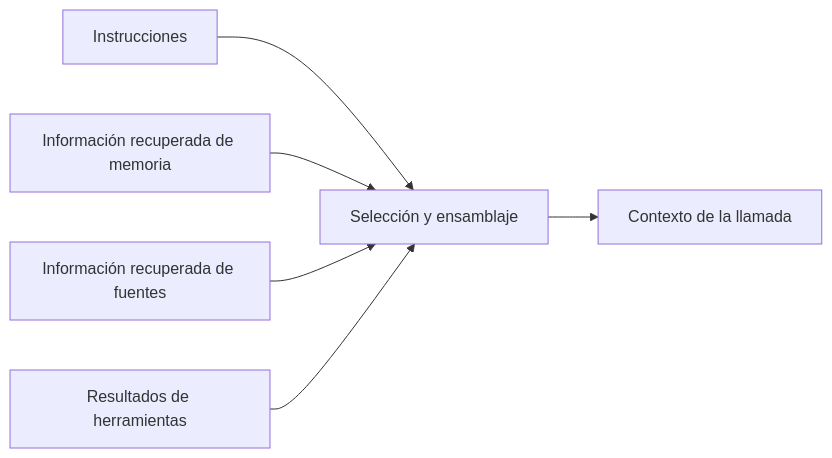
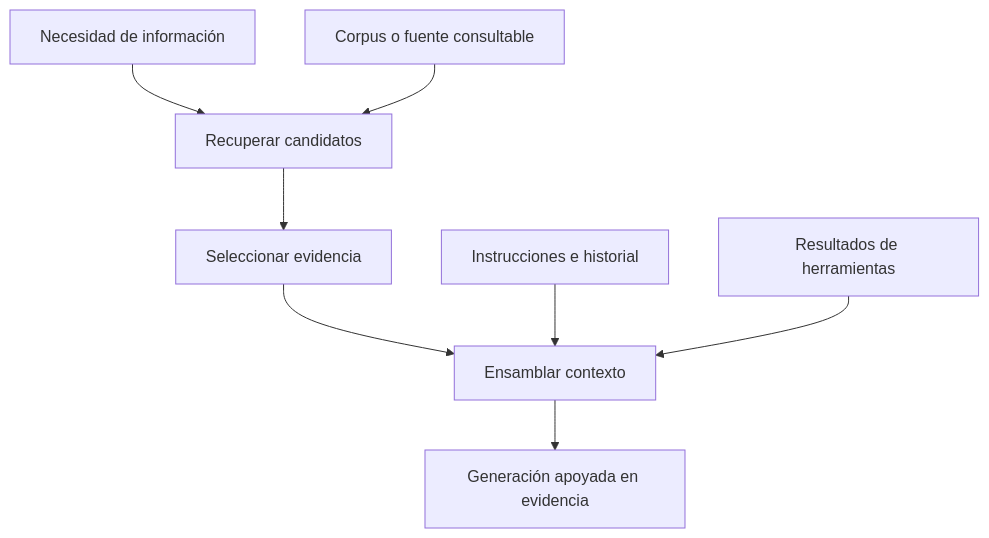
One commit to jairzinhosantos/ainerd-wiki changed the third of 5 diagrams in concepts/harness/context/context-assembly.md. Above: the diagram before and after it, drawn with Mermaid. The commit also changed other lines of this file and 9 other files, not shown here.

Commit message:
Develop harness reading with progressive diagrams and versioned Pi evidence

````diff
--- a/concepts/harness/context/context-assembly.md
+++ b/concepts/harness/context/context-assembly.md
@@ -22,8 +73,10 @@
 ```mermaid
-flowchart LR
-    I["Instrucciones"] --> A["Selección y ensamblaje"]
-    M["Información recuperada de memoria"] --> A
-    R["Información recuperada de fuentes"] --> A
+flowchart TD
+    Q["Necesidad de información"] --> R["Recuperar candidatos"]
+    D["Corpus o fuente consultable"] --> R
+    R --> S["Seleccionar evidencia"]
+    S --> A["Ensamblar contexto"]
+    I["Instrucciones e historial"] --> A
     T["Resultados de herramientas"] --> A
-    A --> C["Contexto de la llamada"]
+    A --> G["Generación apoyada en evidencia"]
 ```
````
